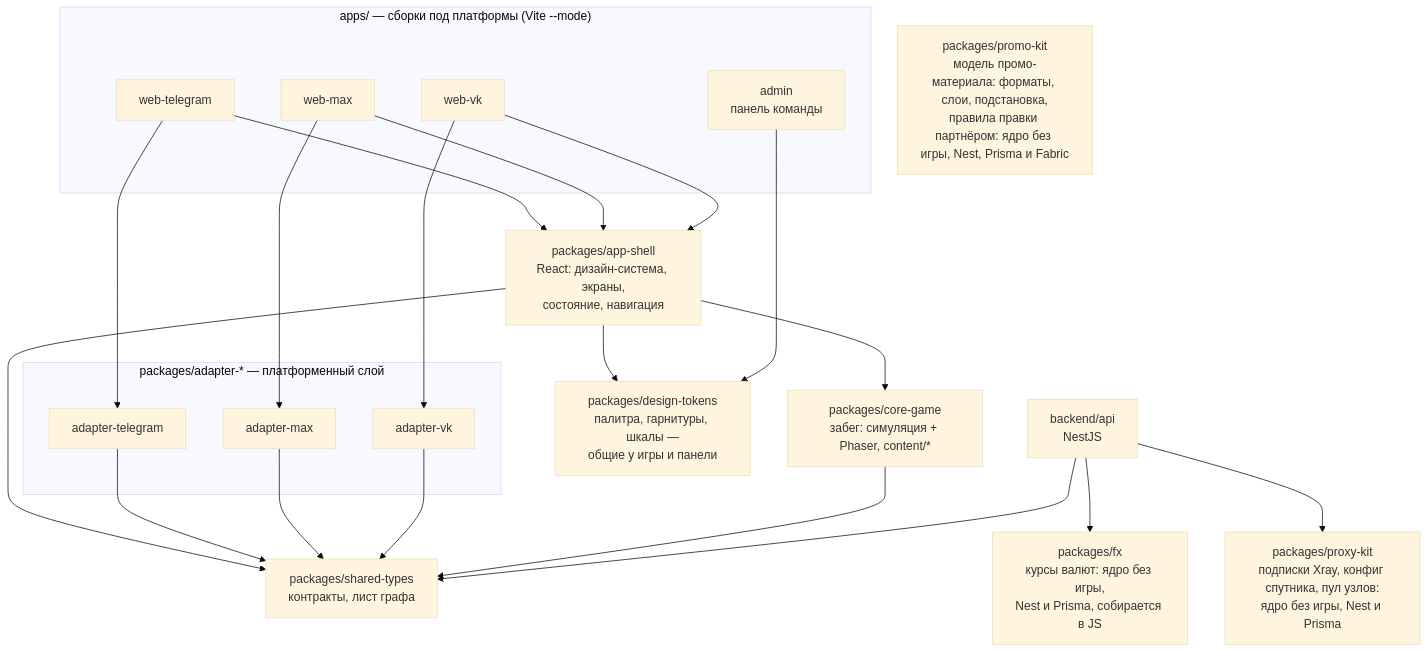
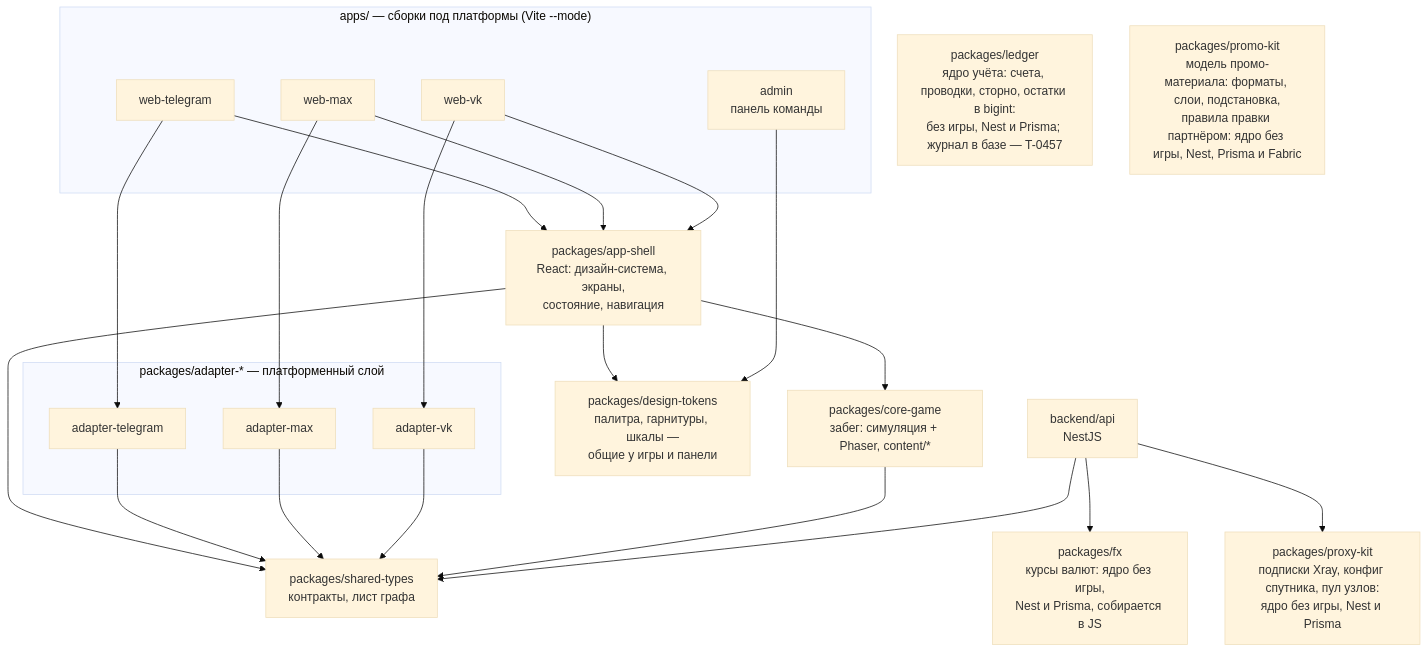
The fifth of 60 diagrams in docs/21-diagrams.md (JJSGxKD/rubezh), drawn with Mermaid (base theme) before and after one commit. The commit also changed other lines of this file and 1 other file, not shown here.

Commit message:
docs(ledger): Знак строки и ядро учёта на схеме пакетов

````diff
--- a/docs/21-diagrams.md
+++ b/docs/21-diagrams.md
@@ -2175,43 +2175,44 @@
 ```mermaid
 flowchart TD
     subgraph apps["apps/ — сборки под платформы (Vite --mode)"]
         WT["web-telegram"]
         WM["web-max"]
         WV["web-vk"]
         ADM["admin<br/>панель команды"]
     end
 
     subgraph adapters["packages/adapter-* — платформенный слой"]
         AT["adapter-telegram"]
         AM["adapter-max"]
         AV["adapter-vk"]
     end
 
     SH["packages/app-shell<br/>React: дизайн-система, экраны,<br/>состояние, навигация"]
     CG["packages/core-game<br/>забег: симуляция + Phaser, content/*"]
     ST["packages/shared-types<br/>контракты, лист графа"]
     FX["packages/fx<br/>курсы валют: ядро без игры,<br/>Nest и Prisma, собирается в JS"]
     PK["packages/proxy-kit<br/>подписки Xray, конфиг спутника, пул узлов:<br/>ядро без игры, Nest и Prisma"]
+    LG["packages/ledger<br/>ядро учёта: счета, проводки, сторно, остатки в bigint:<br/>без игры, Nest и Prisma; журнал в базе — T-0457"]
     PRK["packages/promo-kit<br/>модель промо-материала: форматы, слои, подстановка,<br/>правила правки партнёром: ядро без игры, Nest, Prisma и Fabric"]
     API["backend/api<br/>NestJS"]
     DT["packages/design-tokens<br/>палитра, гарнитуры, шкалы —<br/>общие у игры и панели"]
 
     WT --> SH
     WT --> AT
     WM --> SH
     WM --> AM
     WV --> SH
     WV --> AV
 
     SH --> CG
     SH --> ST
     AT --> ST
     AM --> ST
     AV --> ST
     CG --> ST
     API --> ST
     API --> FX
     API --> PK
     SH --> DT
     ADM --> DT
 ```
````
